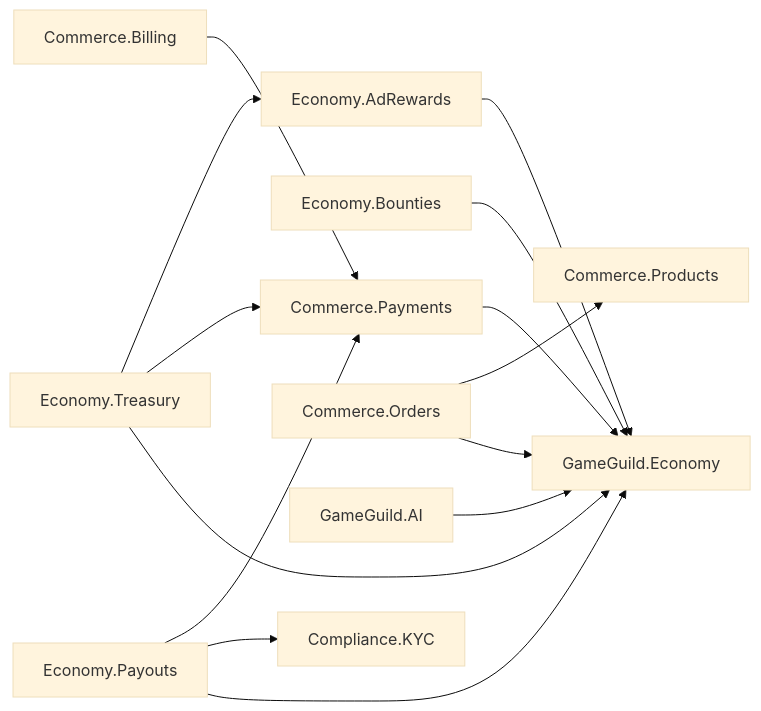
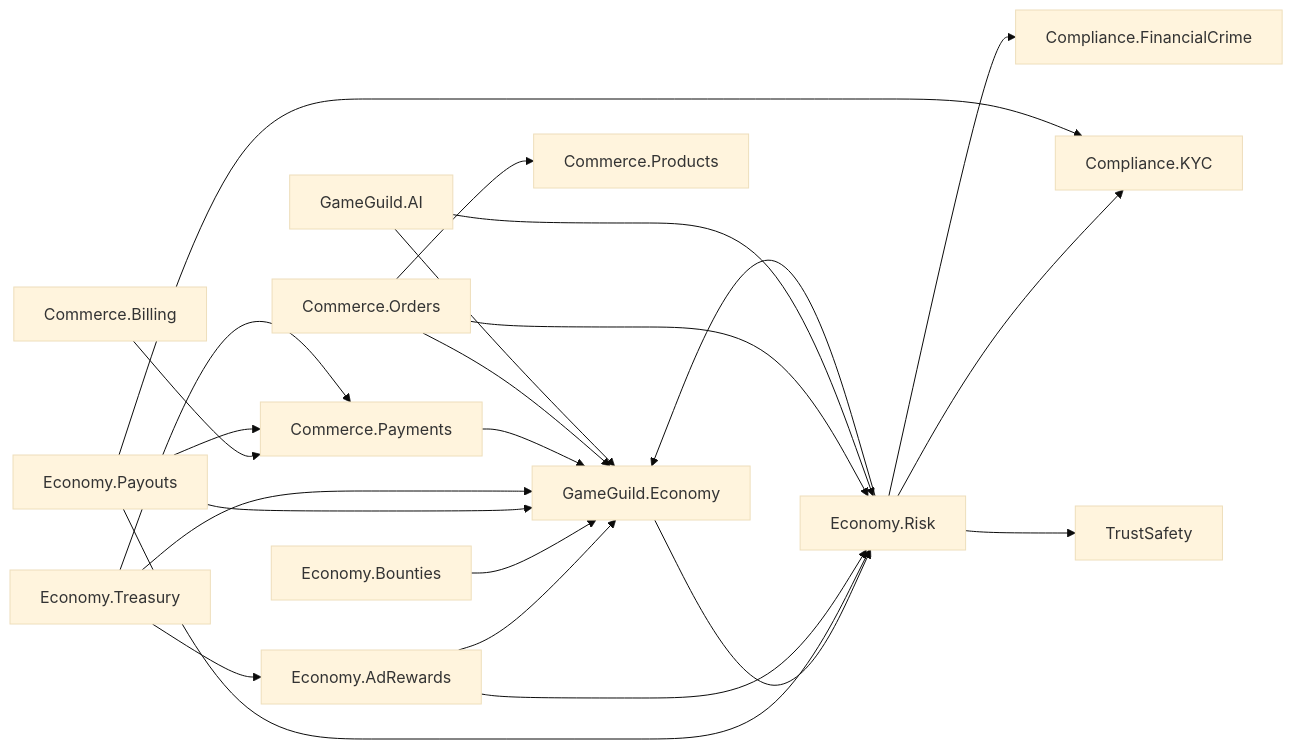
One commit to gameguild-gg/gameguild changed the diagram in docs/architecture/DUAL_CURRENCY_ECONOMY.md. Above: the diagram before and after it, drawn with Mermaid (base theme). The commit also changed other lines of this file and 1 other file, not shown here.

Commit message:
docs: harden economy risk architecture

````diff
--- a/docs/architecture/DUAL_CURRENCY_ECONOMY.md
+++ b/docs/architecture/DUAL_CURRENCY_ECONOMY.md
@@ -158,17 +172,26 @@
 ```mermaid
 flowchart LR
     Core[GameGuild.Economy]
     Ads[Economy.AdRewards] --> Core
     Bounties[Economy.Bounties] --> Core
     Payouts[Economy.Payouts] --> Core
     Treasury[Economy.Treasury] --> Core
+    Risk[Economy.Risk] --> Core
+    Core --> Risk
     Payments[Commerce.Payments] --> Core
     Billing[Commerce.Billing] --> Payments
     Orders[Commerce.Orders] --> Core
     Orders --> Products[Commerce.Products]
     AI[GameGuild.AI] --> Core
-    Payouts --> KYC[Compliance.KYC]
+    Payouts --> Risk
+    Ads --> Risk
+    Orders --> Risk
+    AI --> Risk
+    Risk --> KYC[Compliance.KYC]
+    Risk --> FinCrime[Compliance.FinancialCrime]
+    Risk --> TS[TrustSafety]
+    Payouts --> KYC
     Payouts --> Payments
     Treasury --> Payments
     Treasury --> Ads
 ```
````
